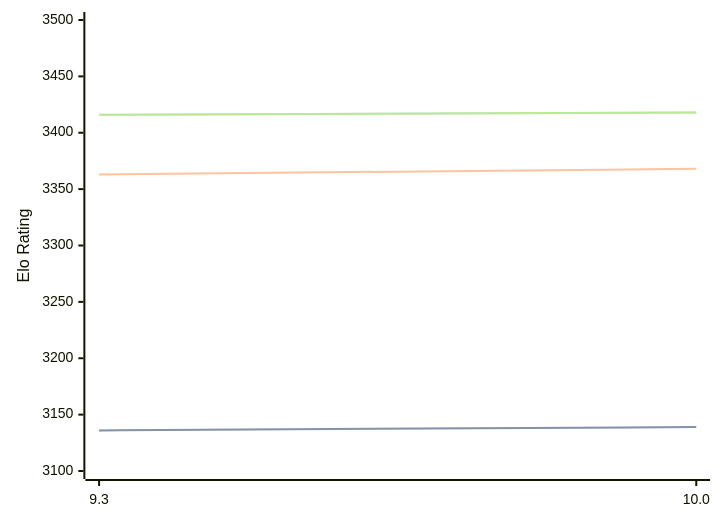
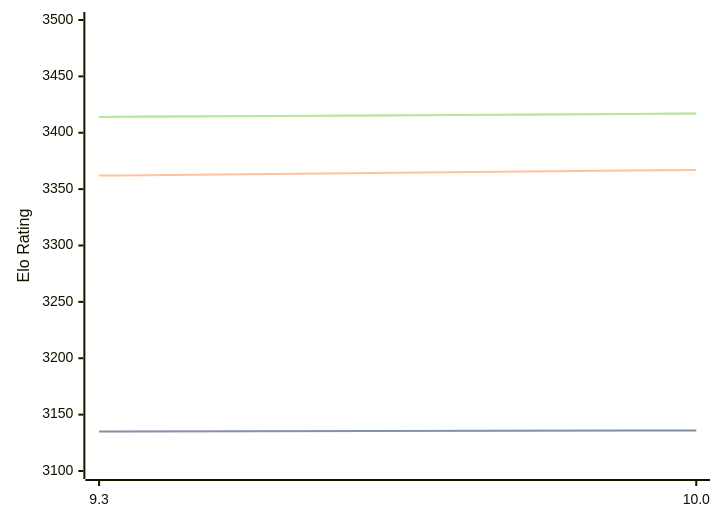
The diagram in engines/Fire.md (computer-chess-index/cci), drawn with Mermaid before and after one commit. The commit also changed other lines of this file, not shown here.

Commit message:
Update CCI Ratings (ELO VLTC) - 2026-08-12

````diff
--- a/engines/Fire.md
+++ b/engines/Fire.md
@@ -32,11 +32,11 @@
 ```mermaid
 %%{init: {"theme":"base","themeVariables":{"seriesColors:['#a3a3a3','#222221','#faa371']}}}%%
 xychart-beta
   x-axis ["9.3", "10.0"]
   y-axis "Elo Rating" 3100 --> 3500
-  line "STC (8.0+0.08s)" [3136, 3139]
-  line "STC (8.0+0.08s)" [3136, 3139]
-  line "LTC (60.0+0.60s)" [3363, 3368]
-  line "VLTC (2m24s+1.12s)" [3416, 3418]
-  line "VLTC (2m24s+1.12s)" [3416, 3418]
+  line "STC (8.0+0.08s)" [3135, 3136]
+  line "STC (8.0+0.08s)" [3135, 3136]
+  line "LTC (60.0+0.60s)" [3362, 3367]
+  line "VLTC (2m24s+1.12s)" [3414, 3417]
+  line "VLTC (2m24s+1.12s)" [3414, 3417]
 ```
````
